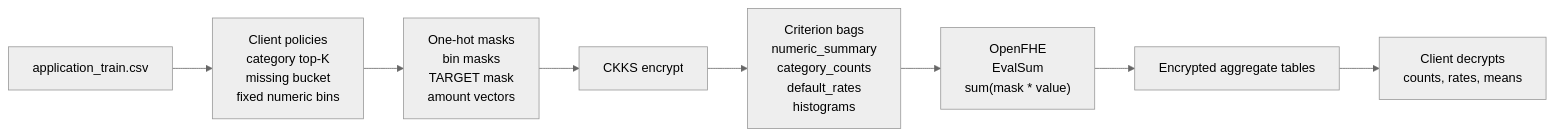
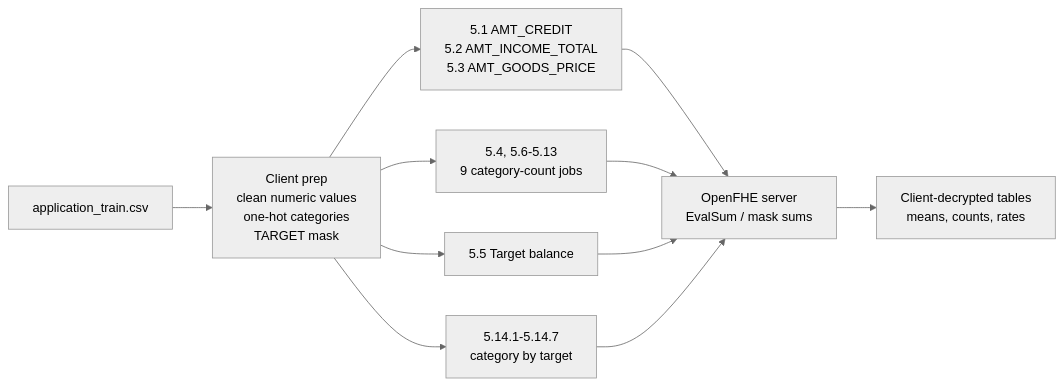
One commit to Nhatcao1/he_uc_lending changed the diagram in docs/diagrams/04_application_eda_criteria.md. Above: the diagram before and after it, drawn with Mermaid (neutral theme). The commit also changed other lines of this file and 21 other files, not shown here.

Commit message:
Align Home Credit HE jobs to notebook criteria

````diff
--- a/docs/diagrams/04_application_eda_criteria.md
+++ b/docs/diagrams/04_application_eda_criteria.md
@@ -5,13 +5,18 @@
 ```mermaid
 flowchart LR
   raw["application_train.csv"]
-  policy["Client policies\ncategory top-K\nmissing bucket\nfixed numeric bins"]
-  masks["One-hot masks\nbin masks\nTARGET mask\namount vectors"]
-  enc["CKKS encrypt"]
-  bags["Criterion bags\nnumeric_summary\ncategory_counts\ndefault_rates\nhistograms"]
-  server["OpenFHE\nEvalSum\nsum(mask * value)"]
-  encrypted["Encrypted aggregate tables"]
-  report["Client decrypts\ncounts, rates, means"]
+  prep["Client prep\nclean numeric values\none-hot categories\nTARGET mask"]
+  numeric["5.1 AMT_CREDIT\n5.2 AMT_INCOME_TOTAL\n5.3 AMT_GOODS_PRICE"]
+  category["5.4, 5.6-5.13\n9 category-count jobs"]
+  target["5.5 Target balance"]
+  bytarget["5.14.1-5.14.7\ncategory by target"]
+  server["OpenFHE server\nEvalSum / mask sums"]
+  report["Client-decrypted tables\nmeans, counts, rates"]
 
-  raw --> policy --> masks --> enc --> bags --> server --> encrypted --> report
+  raw --> prep
+  prep --> numeric --> server
+  prep --> category --> server
+  prep --> target --> server
+  prep --> bytarget --> server
+  server --> report
 ```
````
